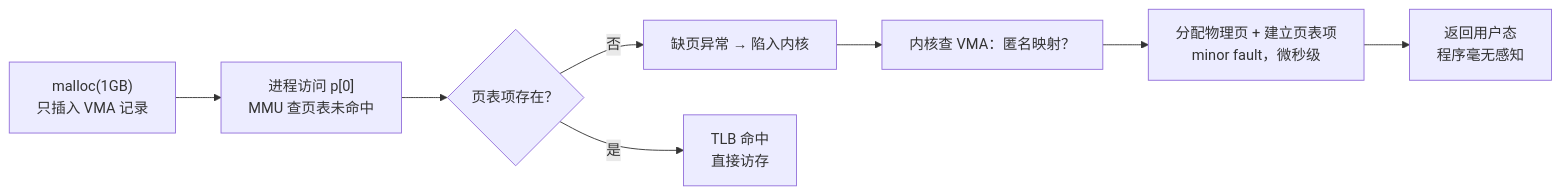
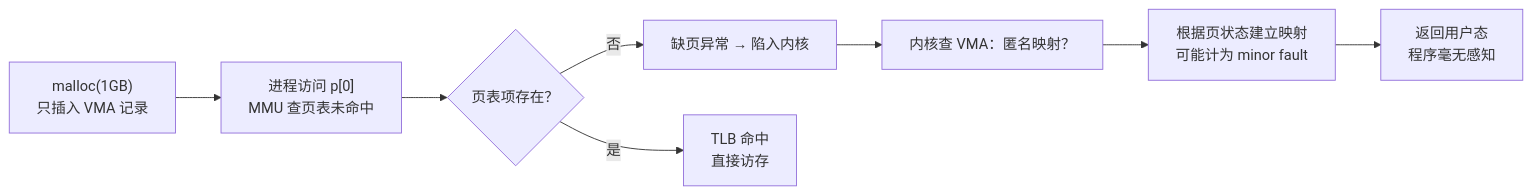
The diagram in content/posts/virtual-memory-page-fault.md (MoreConsequence/MoreConsequence.github.io), drawn with Mermaid before and after one commit. The commit also changed other lines of this file and 263 other files, not shown here.

````diff
--- a/content/posts/virtual-memory-page-fault.md
+++ b/content/posts/virtual-memory-page-fault.md
@@ -34,10 +35,10 @@
 ```mermaid
 flowchart LR
     A["malloc(1GB)<br/>只插入 VMA 记录"] --> B["进程访问 p[0]<br/>MMU 查页表未命中"]
     B --> C{"页表项存在？"}
     C -- "否" --> D["缺页异常 → 陷入内核"]
     D --> E["内核查 VMA：匿名映射？"]
-    E --> F["分配物理页 + 建立页表项<br/>minor fault，微秒级"]
+    E --> F["根据页状态建立映射<br/>可能计为 minor fault"]
     C -- "是" --> G["TLB 命中<br/>直接访存"]
     F --> H["返回用户态<br/>程序毫无感知"]
 ```
````
